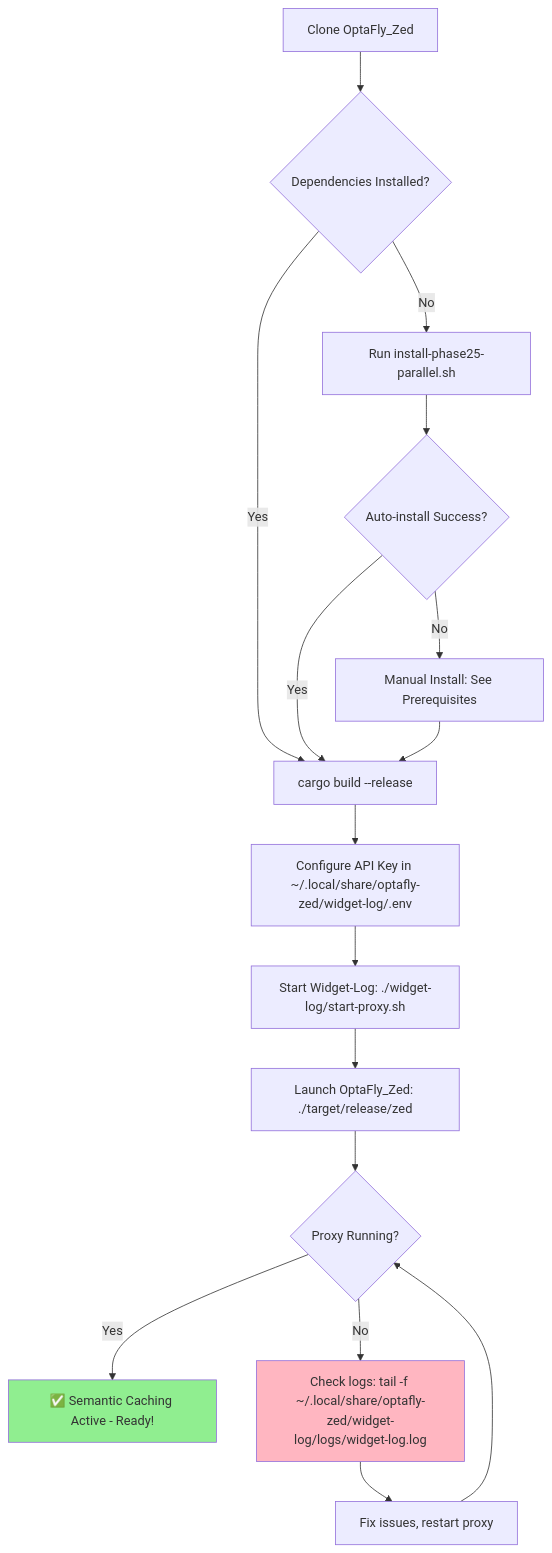
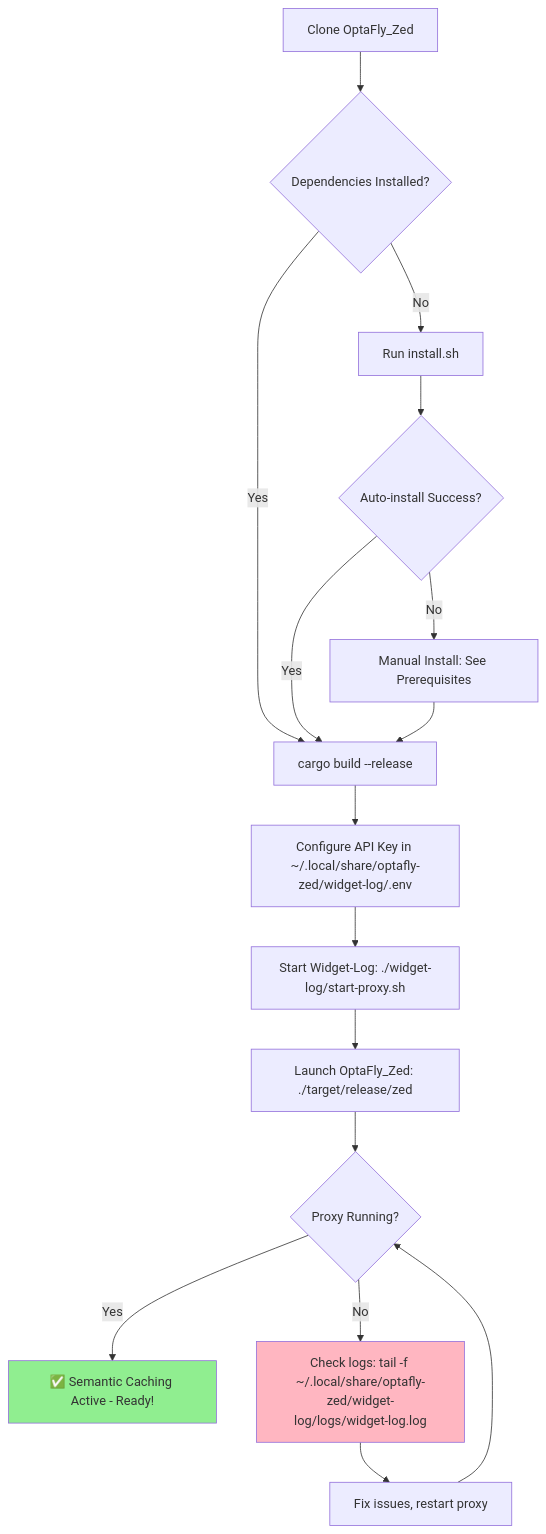
The diagram in README.md (Optaquan/OptaFly_Zed), drawn with Mermaid before and after one commit. The commit also changed other lines of this file and 9 other files, not shown here.

````diff
--- a/README.md
+++ b/README.md
@@ -164,21 +191,21 @@
 ```mermaid
 flowchart TD
     A[Clone OptaFly_Zed] --> B{Dependencies Installed?}
-    B -->|No| C[Run install-phase25-parallel.sh]
+    B -->|No| C[Run install.sh]
     B -->|Yes| D[cargo build --release]
     C --> E{Auto-install Success?}
     E -->|Yes| D
     E -->|No| F[Manual Install: See Prerequisites]
     F --> D
     D --> G[Configure API Key in ~/.local/share/optafly-zed/widget-log/.env]
     G --> H[Start Widget-Log: ./widget-log/start-proxy.sh]
     H --> I[Launch OptaFly_Zed: ./target/release/zed]
     I --> J{Proxy Running?}
     J -->|Yes| K[✅ Semantic Caching Active - Ready!]
     J -->|No| L[Check logs: tail -f ~/.local/share/optafly-zed/widget-log/logs/widget-log.log]
     L --> M[Fix issues, restart proxy]
     M --> J
     
     style K fill:#90EE90
     style L fill:#FFB6C1
 ```
````
